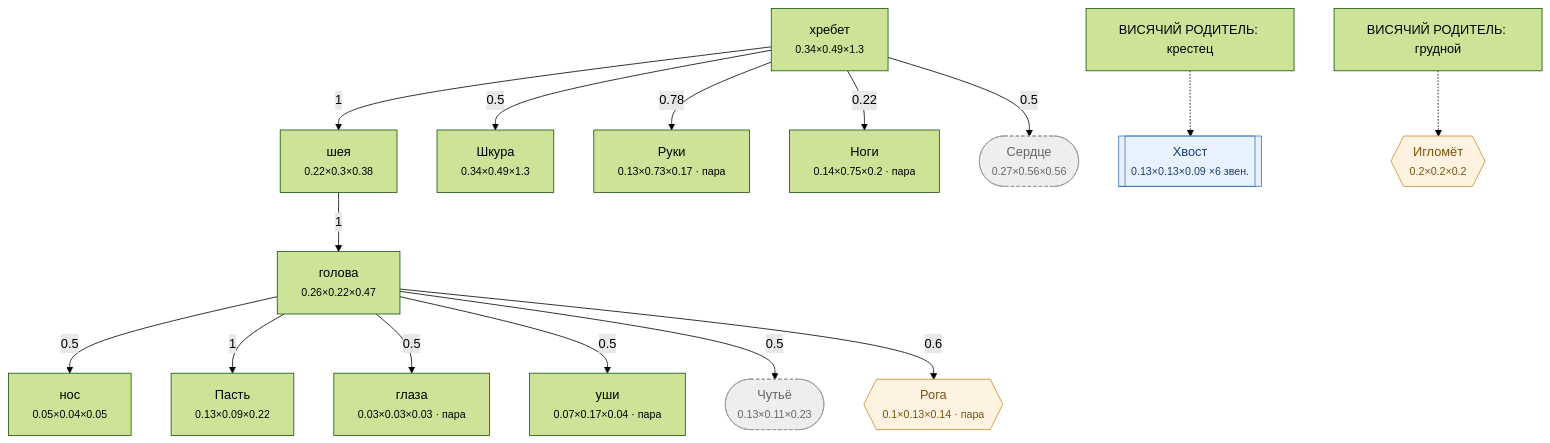
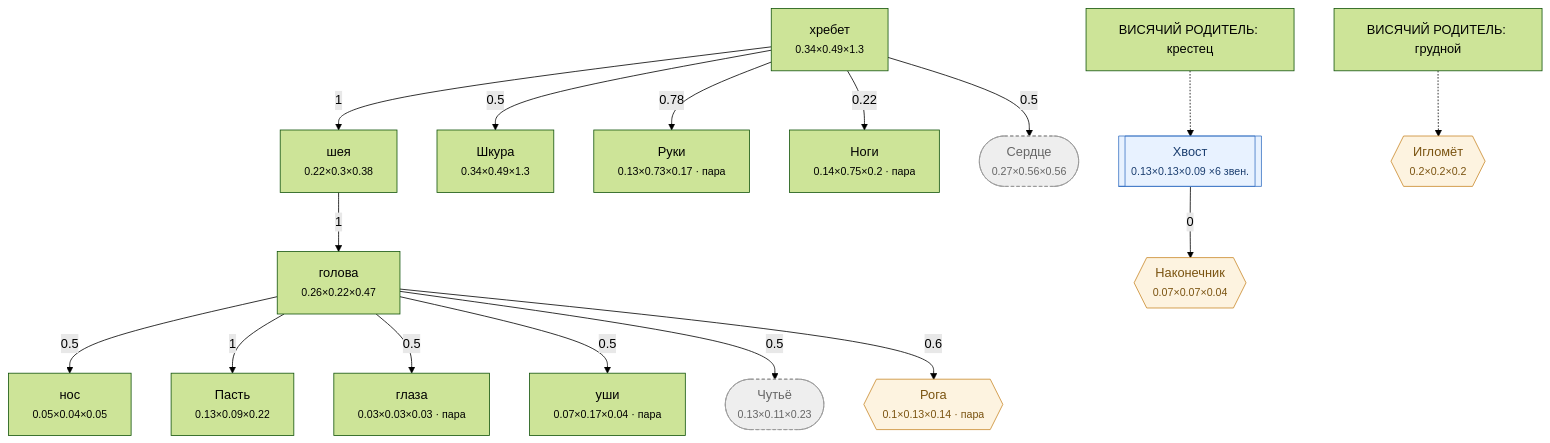
Before and after one commit to darklordshish/ChimeraEvolution-2026-06-26_15-29-59: the diagram in Docs/Диаграммы/Волк.md, drawn with Mermaid (forest theme). The commit also changed other lines of this file and 17 other files, not shown here.

````diff
--- a/Docs/Диаграммы/Волк.md
+++ b/Docs/Диаграммы/Волк.md
@@ -158,40 +158,42 @@
 ```mermaid
 flowchart TD
     n0["хребет<br/><small>0.34×0.49×1.3</small>"]
     n1["нос<br/><small>0.05×0.04×0.05</small>"]
     n2["голова<br/><small>0.26×0.22×0.47</small>"]
     n3["Пасть<br/><small>0.13×0.09×0.22</small>"]
     n4["глаза<br/><small>0.03×0.03×0.03 · пара</small>"]
     n5["уши<br/><small>0.07×0.17×0.04 · пара</small>"]
     n6["шея<br/><small>0.22×0.3×0.38</small>"]
     n7["Шкура<br/><small>0.34×0.49×1.3</small>"]
     n8["Руки<br/><small>0.13×0.73×0.17 · пара</small>"]
     n9["Ноги<br/><small>0.14×0.75×0.2 · пара</small>"]
     n10[["Хвост<br/><small>0.13×0.13×0.09 ×6 звен.</small>"]]
     n11(["Сердце<br/><small>0.27×0.56×0.56</small>"])
     n12(["Чутьё<br/><small>0.13×0.11×0.23</small>"])
     n13{{"Рога<br/><small>0.1×0.13×0.14 · пара</small>"}}
-    n14{{"Игломёт<br/><small>0.2×0.2×0.2</small>"}}
+    n14{{"Наконечник<br/><small>0.07×0.07×0.04</small>"}}
+    n15{{"Игломёт<br/><small>0.2×0.2×0.2</small>"}}
 
     n2 -->|0.5| n1
     n6 -->|1| n2
     n2 -->|1| n3
     n2 -->|0.5| n4
     n2 -->|0.5| n5
     n0 -->|1| n6
     n0 -->|0.5| n7
     n0 -->|0.78| n8
     n0 -->|0.22| n9
     broken_n10["ВИСЯЧИЙ РОДИТЕЛЬ: крестец"] -.-> n10
     n0 -->|0.5| n11
     n2 -->|0.5| n12
     n2 -->|0.6| n13
-    broken_n14["ВИСЯЧИЙ РОДИТЕЛЬ: грудной"] -.-> n14
+    n10 -->|0| n14
+    broken_n15["ВИСЯЧИЙ РОДИТЕЛЬ: грудной"] -.-> n15
 
     classDef hid fill:#eee,stroke:#999,stroke-dasharray:4 3,color:#666
     classDef gr fill:#fdf3e0,stroke:#c98a2b,color:#7a5310
     classDef ch fill:#e8f2ff,stroke:#3b74c4,color:#1c3f70
     class n11,n12 hid
-    class n13,n14 gr
+    class n13,n14,n15 gr
     class n10 ch
 ```
````
